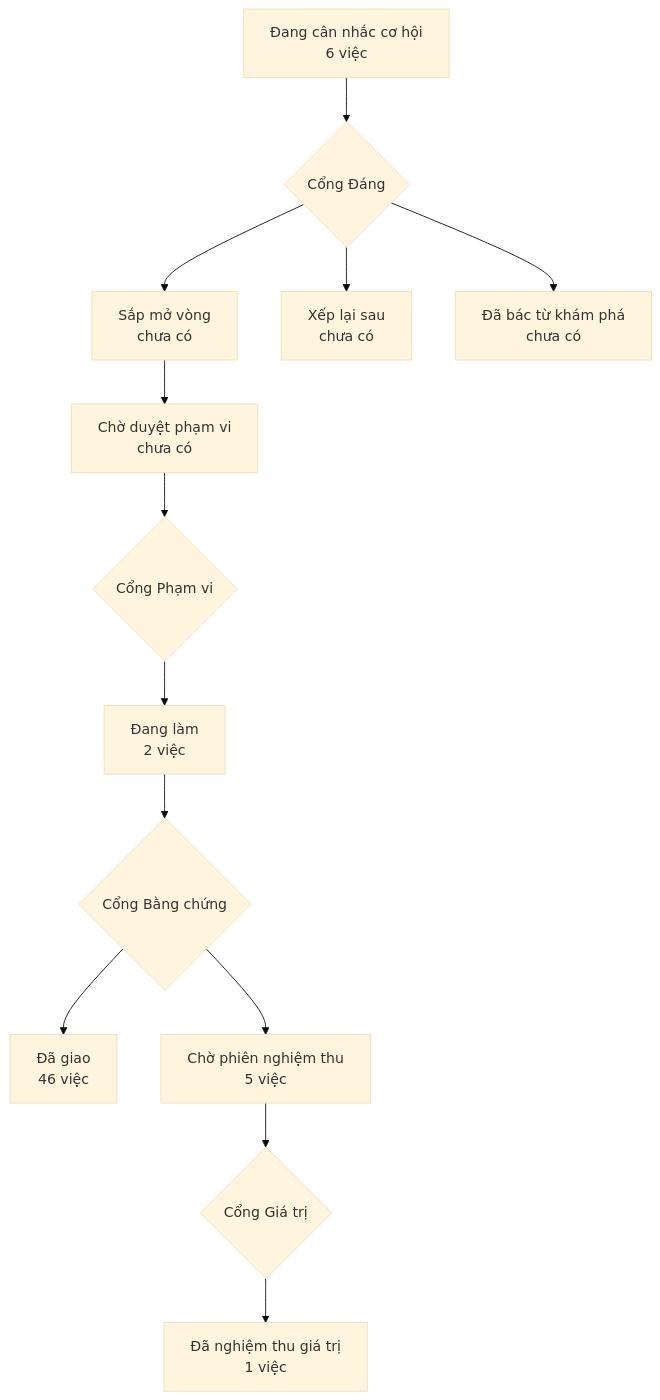
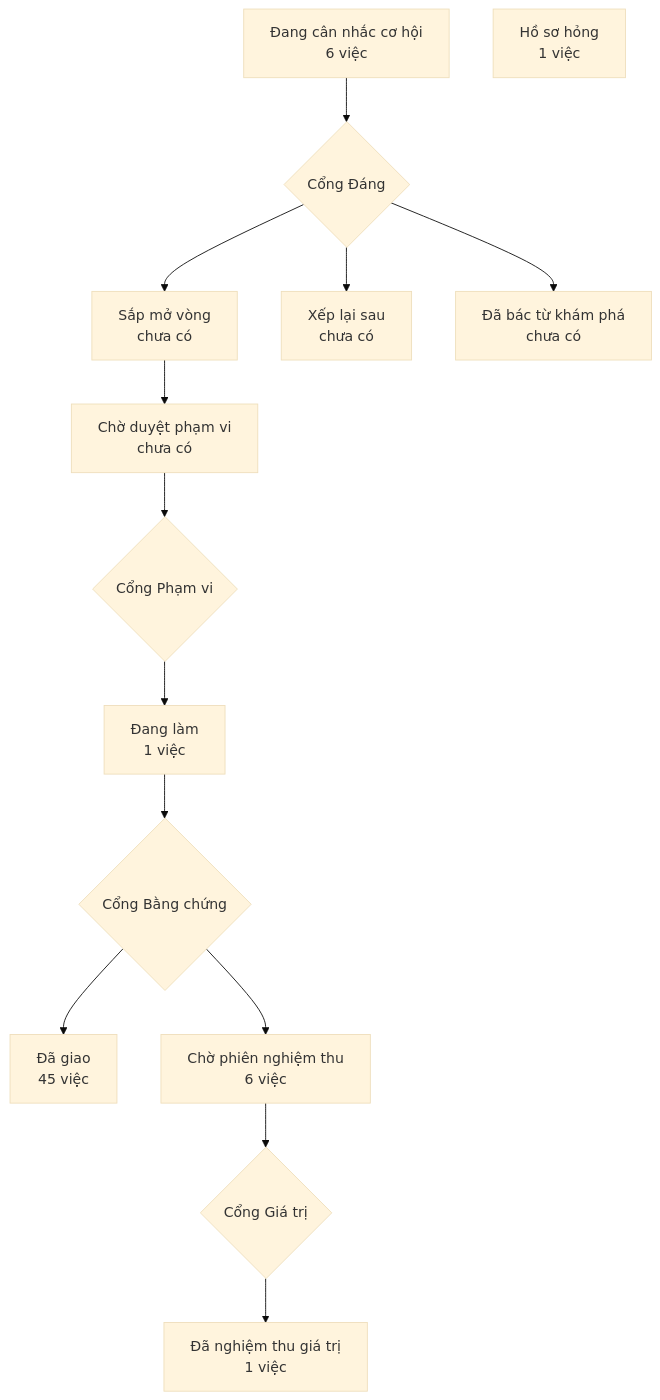
One commit to phanlemanh/crm-onehub changed the diagram in PRODUCT-MAP.md. Above: the diagram before and after it, drawn with Mermaid (base theme). The commit also changed other lines of this file and 3 other files, not shown here.

````diff
--- a/PRODUCT-MAP.md
+++ b/PRODUCT-MAP.md
@@ -6,12 +6,13 @@
 ```mermaid
 flowchart TD
   A["Đang cân nhắc cơ hội<br/>6 việc"] --> GD{"Cổng Đáng"}
   GD --> B["Sắp mở vòng<br/>chưa có"]
   GD --> XL["Xếp lại sau<br/>chưa có"]
   GD --> DB["Đã bác từ khám phá<br/>chưa có"]
   B --> CD["Chờ duyệt phạm vi<br/>chưa có"] --> GP{"Cổng Phạm vi"}
-  GP --> DL["Đang làm<br/>2 việc"] --> GB{"Cổng Bằng chứng"}
-  GB --> DG["Đã giao<br/>46 việc"]
-  GB --> CN["Chờ phiên nghiệm thu<br/>5 việc"] --> GG{"Cổng Giá trị"}
+  GP --> DL["Đang làm<br/>1 việc"] --> GB{"Cổng Bằng chứng"}
+  GB --> DG["Đã giao<br/>45 việc"]
+  GB --> CN["Chờ phiên nghiệm thu<br/>6 việc"] --> GG{"Cổng Giá trị"}
   GG --> NT["Đã nghiệm thu giá trị<br/>1 việc"]
+  HS["Hồ sơ hỏng<br/>1 việc"]
 ```
````
